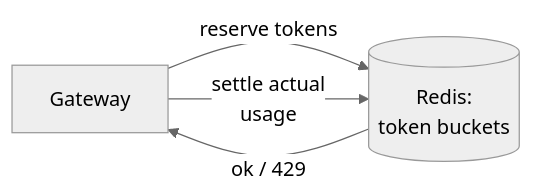
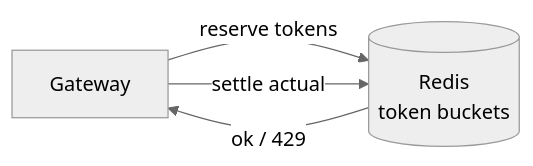
Before and after one commit to shubamchaudhary/CodeNITW: the second of 3 diagrams in src/Data/aiStackDocs/DP-05.md, drawn with Mermaid (neutral theme). The commit also changed other lines of this file and 15 other files, not shown here.

````diff
--- a/src/Data/aiStackDocs/DP-05.md
+++ b/src/Data/aiStackDocs/DP-05.md
@@ -86,6 +76,6 @@
 ```mermaid
 flowchart LR
-    GW["Gateway"] -->|"reserve tokens"| RL[("Redis:<br/>token buckets")]
+    GW["Gateway"] -->|"reserve tokens"| RL[("Redis<br/>token buckets")]
     RL -->|"ok / 429"| GW
-    GW -->|"settle actual<br/>usage"| RL
+    GW -->|"settle actual"| RL
 ```
````
